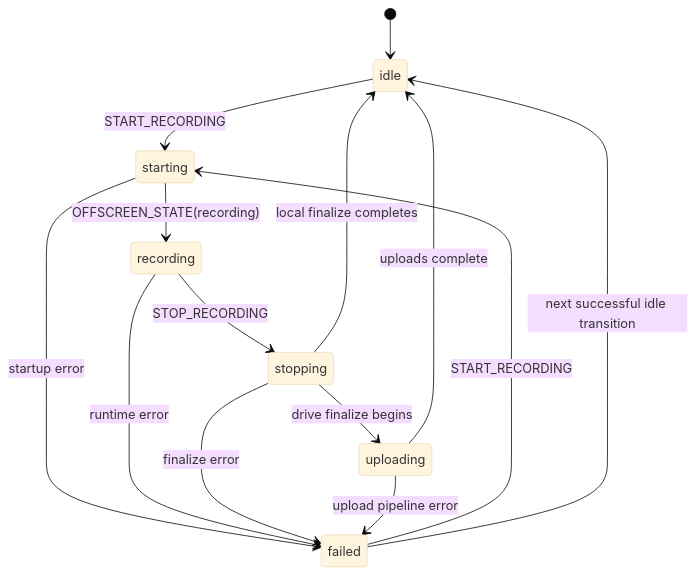
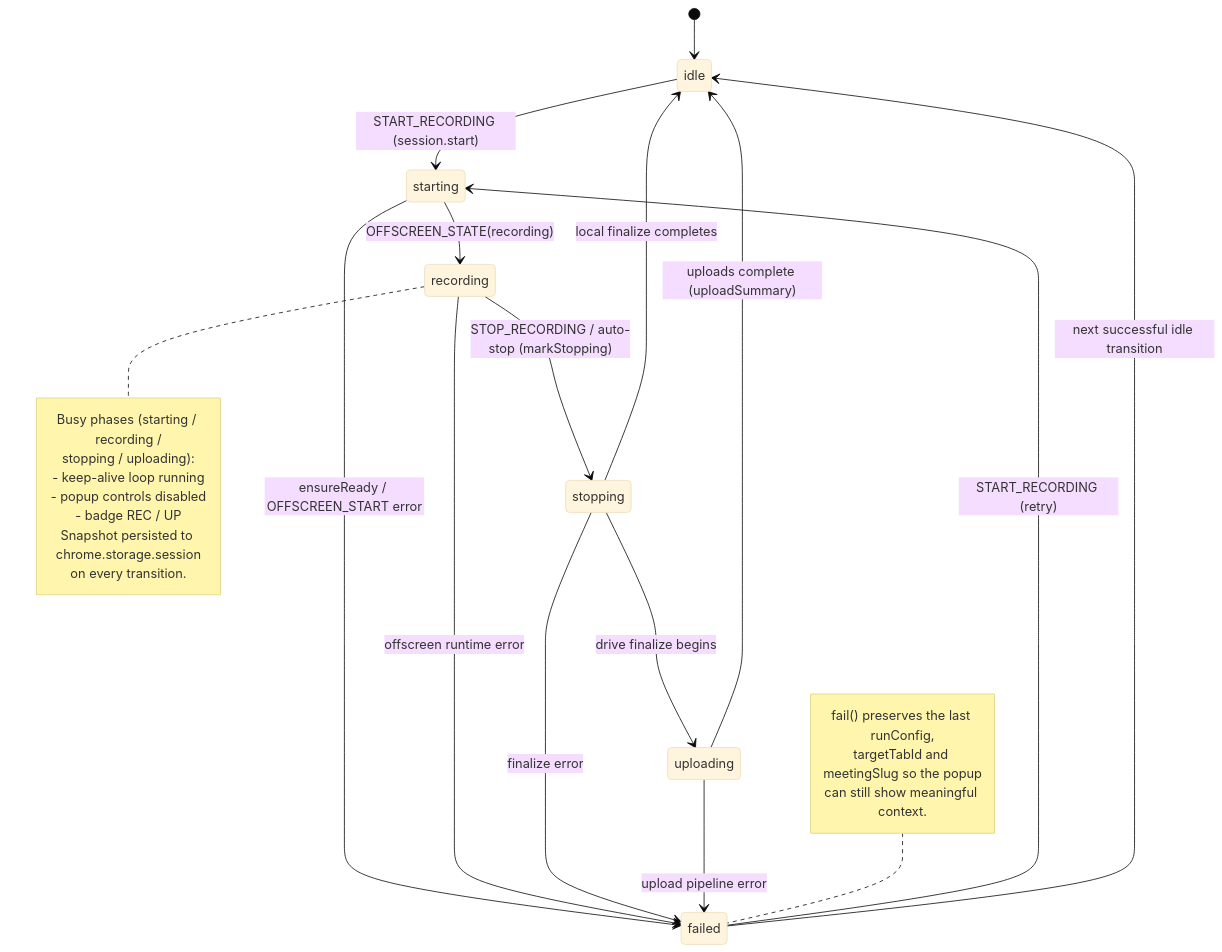
One commit to kstroevsky/chrome-meeting-recording-extension changed the fifth of 17 diagrams in README.md. Above: the diagram before and after it, drawn with Mermaid (base theme). The commit also changed other lines of this file, not shown here.

Commit message:
Docs: Update mermaid diagrams

````diff
--- a/README.md
+++ b/README.md
@@ -1049,16 +1216,32 @@
 ```mermaid
 stateDiagram-v2
     [*] --> idle
-    idle --> starting: START_RECORDING
+    idle --> starting: START_RECORDING (session.start)
     starting --> recording: OFFSCREEN_STATE(recording)
-    starting --> failed: startup error
-    failed --> starting: START_RECORDING
-    recording --> stopping: STOP_RECORDING
-    recording --> failed: runtime error
+    starting --> failed: ensureReady / OFFSCREEN_START error
+    recording --> stopping: STOP_RECORDING / auto-stop (markStopping)
+    recording --> failed: offscreen runtime error
     stopping --> uploading: drive finalize begins
     stopping --> idle: local finalize completes
     stopping --> failed: finalize error
-    uploading --> idle: uploads complete
+    uploading --> idle: uploads complete (uploadSummary)
     uploading --> failed: upload pipeline error
+    failed --> starting: START_RECORDING (retry)
     failed --> idle: next successful idle transition
+
+    note right of recording
+        Busy phases (starting / recording /
+        stopping / uploading):
+        - keep-alive loop running
+        - popup controls disabled
+        - badge REC / UP
+        Snapshot persisted to chrome.storage.session
+        on every transition.
+    end note
+
+    note left of failed
+        fail() preserves the last runConfig,
+        targetTabId and meetingSlug so the popup
+        can still show meaningful context.
+    end note
 ```
````
